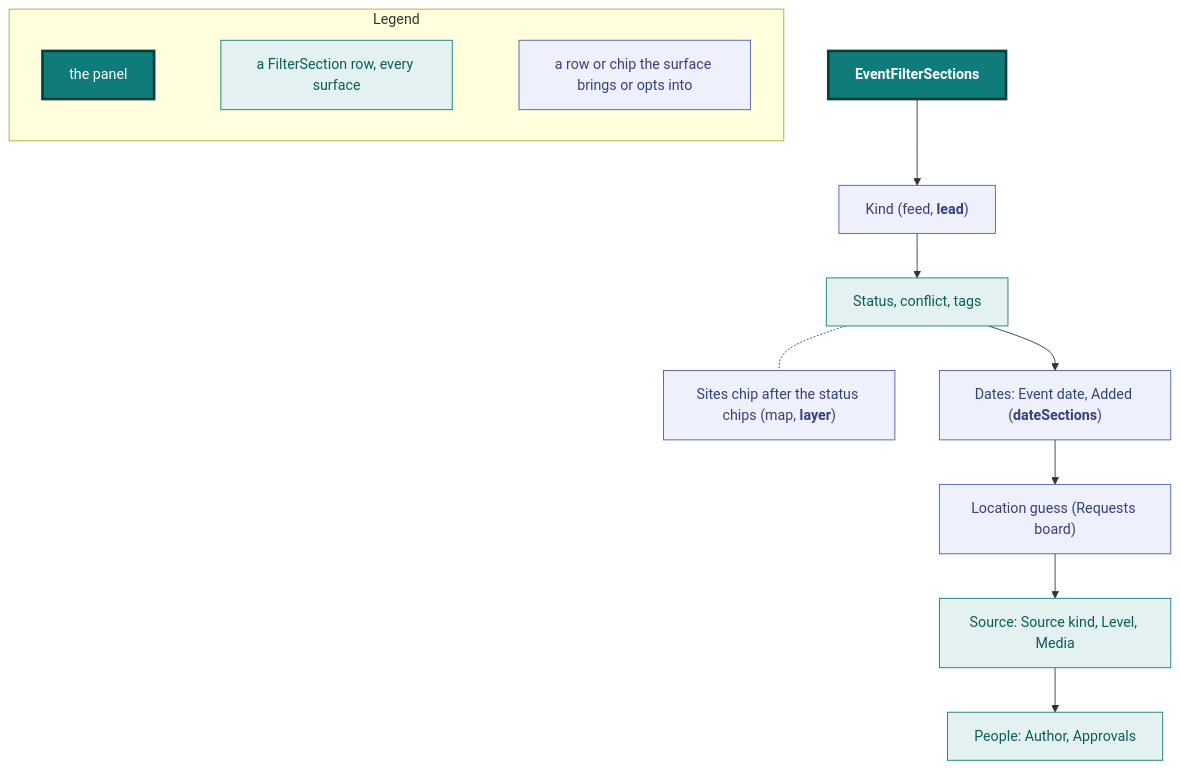
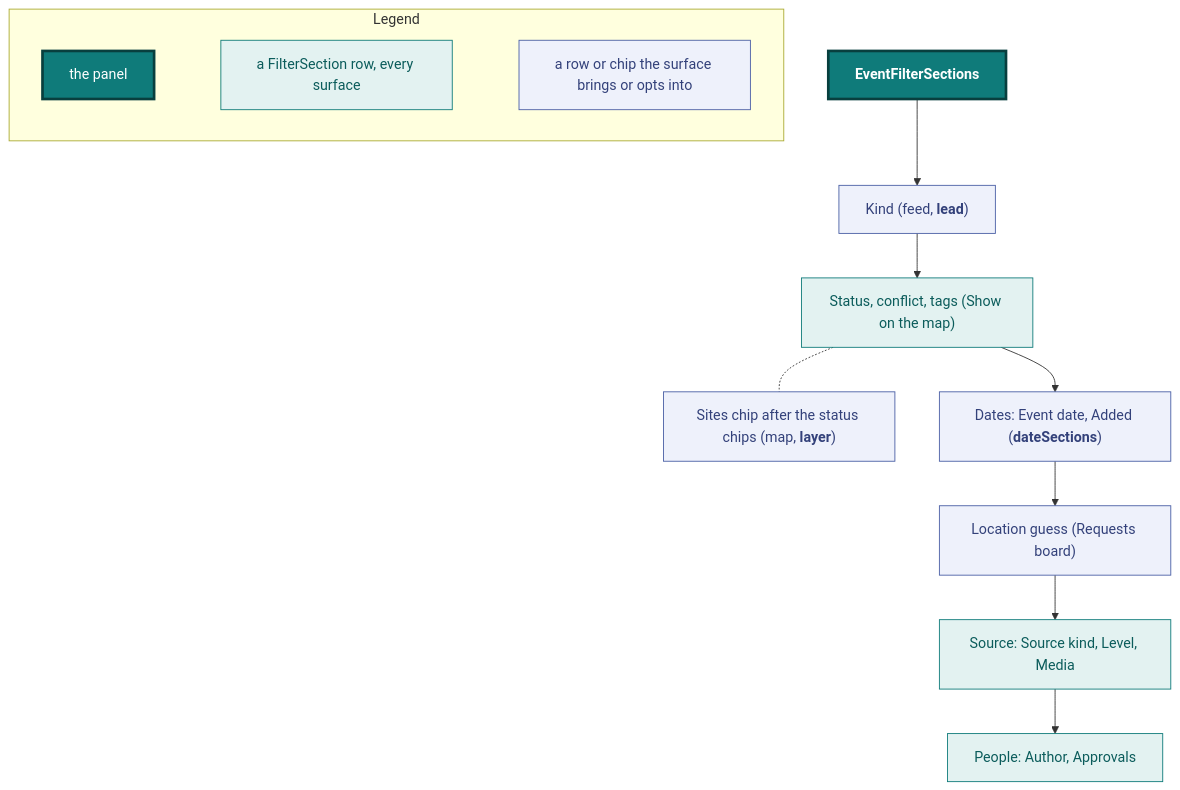
The sixth of 19 diagrams in docs/design.md (vidithq/vidit), drawn with Mermaid before and after one commit. The commit also changed other lines of this file and 5 other files, not shown here.

First line of the commit message:
feat(filters): label the map's status and Sites field Show

````diff
--- a/docs/design.md
+++ b/docs/design.md
@@ -664,26 +664,26 @@
 ```mermaid
 flowchart TB
   classDef shared fill:#e3f2f1,stroke:#0f7b7a,color:#0b5c5b
   classDef core fill:#0f7b7a,stroke:#083f3e,stroke-width:3px,color:#ffffff
   classDef page fill:#eef1fb,stroke:#4a5fa5,color:#33417a
 
   subgraph legend [Legend]
     direction LR
     l1["`the panel`"]:::core
     l2["`a FilterSection row, every surface`"]:::shared
     l3["`a row or chip the surface brings or opts into`"]:::page
     l1 ~~~ l2 ~~~ l3
   end
 
   panel["`**EventFilterSections**`"]:::core
   kind["`Kind (feed, **lead**)`"]:::page
-  what["`Status, conflict, tags`"]:::shared
+  what["`Status, conflict, tags (Show on the map)`"]:::shared
   sites["`Sites chip after the status chips (map, **layer**)`"]:::page
   dates["`Dates: Event date, Added (**dateSections**)`"]:::page
   guess["`Location guess (Requests board)`"]:::page
   src["`Source: Source kind, Level, Media`"]:::shared
   people["`People: Author, Approvals`"]:::shared
 
   panel --> kind --> what --> dates --> guess --> src --> people
   what -.- sites
 ```
````
